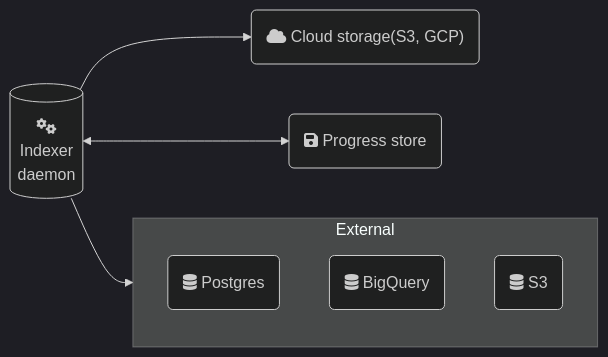
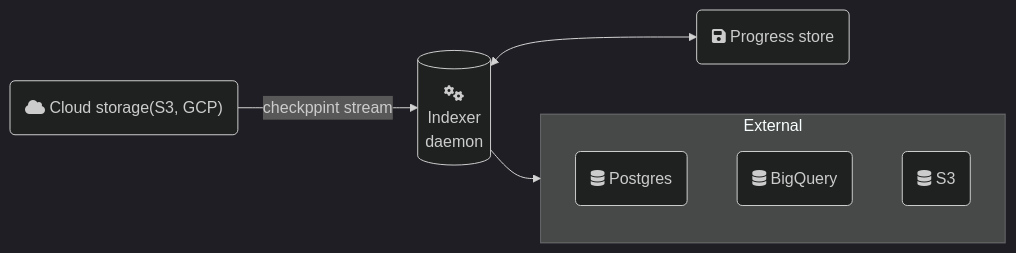
One commit to iotaledger/iota changed the first of 2 diagrams in docs/content/developer/advanced/custom-indexer.mdx. Above: the diagram before and after it, drawn with Mermaid (dark theme). The commit also changed other lines of this file and 2 other files, not shown here.

````diff
--- a/docs/content/developer/advanced/custom-indexer.mdx
+++ b/docs/content/developer/advanced/custom-indexer.mdx
@@ -51,15 +85,15 @@
 ```mermaid
 flowchart LR
   A("fa:fa-cloud Cloud storage(S3, GCP)");
   B[("fa:fa-gears
   Indexer
   daemon")];
-  B-->A;
+  A -- checkppint stream -->B;
   B<-->C("fa:fa-floppy-disk Progress store");
   subgraph External
     D("fa:fa-database Postgres");
     E("fa:fa-database BigQuery");
     F("fa:fa-database S3");
   end
   B-->External
 ```
````
